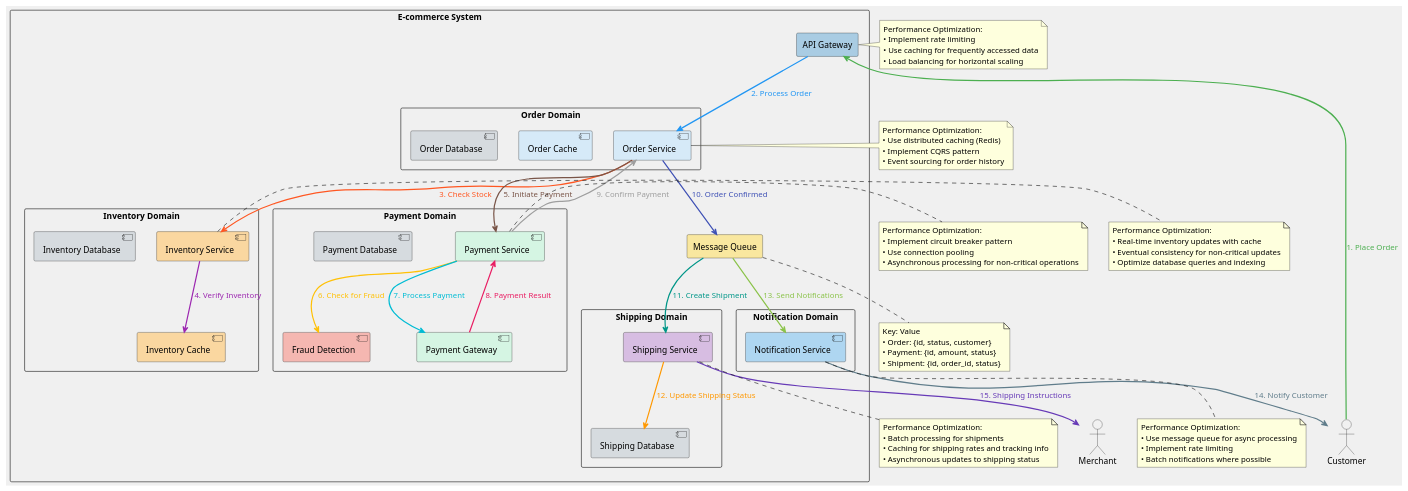
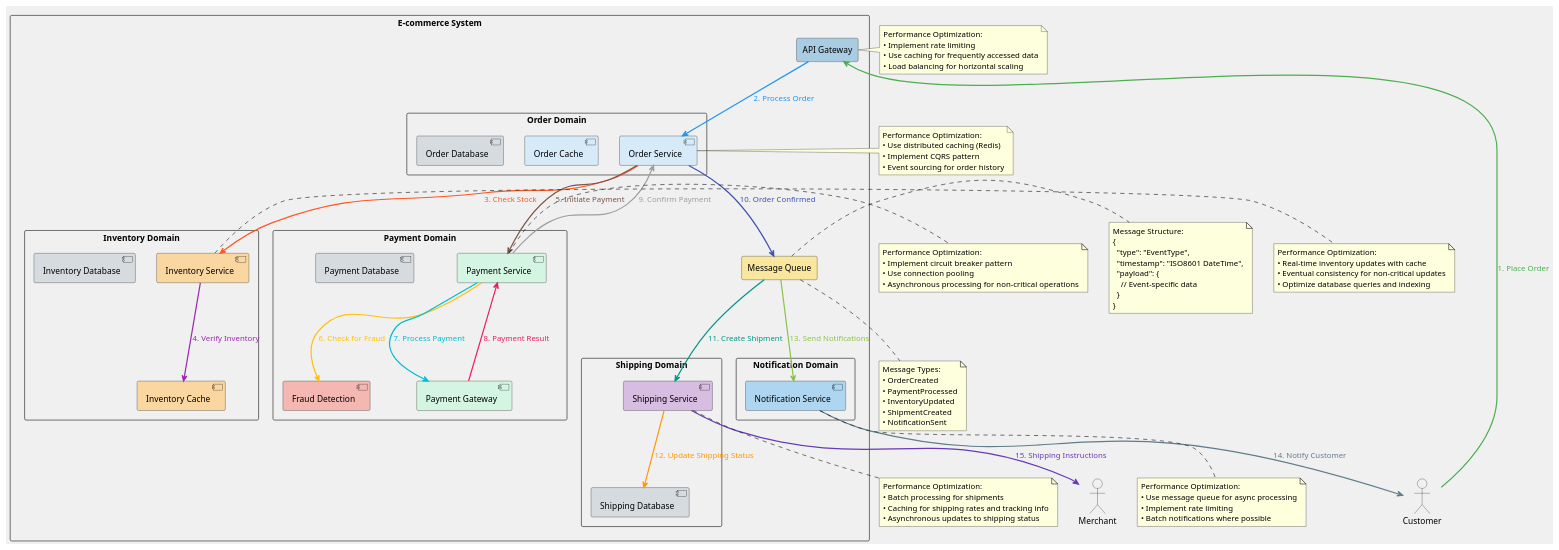
Before and after one commit to huangyingw/system_design: the diagram in order_payment_shipping_architecture.puml, drawn with PlantUML.

```diff
--- a/order_payment_shipping_architecture.puml
+++ b/order_payment_shipping_architecture.puml
@@ -1,109 +1,122 @@
 @startuml Order Payment and Shipping System Architecture
 
 skinparam backgroundColor #F0F0F0
 allowmixing
 !pragma layout dot
 
 rectangle "E-commerce System" {
     rectangle "API Gateway" as apiGateway #A9CCE3
     
     rectangle "Order Domain" {
         component "Order Service" as orderService #D6EAF8
         component "Order Cache" as orderCache #D6EAF8
         component "Order Database" as orderDB #D6DBDF
     }
     
     rectangle "Payment Domain" {
         component "Payment Service" as paymentService #D5F5E3
         component "Payment Gateway" as paymentGateway #D5F5E3
         component "Fraud Detection" as fraudDetection #F5B7B1
         component "Payment Database" as paymentDB #D6DBDF
     }
     
     rectangle "Inventory Domain" {
         component "Inventory Service" as inventoryService #FAD7A0
         component "Inventory Cache" as inventoryCache #FAD7A0
         component "Inventory Database" as inventoryDB #D6DBDF
     }
     
     rectangle "Shipping Domain" {
         component "Shipping Service" as shippingService #D7BDE2
         component "Shipping Database" as shippingDB #D6DBDF
     }
     
     rectangle "Notification Domain" {
         component "Notification Service" as notificationService #AED6F1
     }
     
     rectangle "Message Queue" as messageQueue #F9E79F
 }
 
 actor "Customer" as customer
 actor "Merchant" as merchant
 
 customer -[#4CAF50,thickness=2]-> apiGateway : <color:#4CAF50>1. Place Order</color>
 apiGateway -[#2196F3,thickness=2]-> orderService : <color:#2196F3>2. Process Order</color>
 orderService -[#FF5722,thickness=2]-> inventoryService : <color:#FF5722>3. Check Stock</color>
 inventoryService -[#9C27B0,thickness=2]-> inventoryCache : <color:#9C27B0>4. Verify Inventory</color>
 orderService -[#795548,thickness=2]-> paymentService : <color:#795548>5. Initiate Payment</color>
 paymentService -[#FFC107,thickness=2]-> fraudDetection : <color:#FFC107>6. Check for Fraud</color>
 paymentService -[#00BCD4,thickness=2]-> paymentGateway : <color:#00BCD4>7. Process Payment</color>
 paymentGateway -[#E91E63,thickness=2]-> paymentService : <color:#E91E63>8. Payment Result</color>
 paymentService -[#9E9E9E,thickness=2]-> orderService : <color:#9E9E9E>9. Confirm Payment</color>
 orderService -[#3F51B5,thickness=2]-> messageQueue : <color:#3F51B5>10. Order Confirmed</color>
 messageQueue -[#009688,thickness=2]-> shippingService : <color:#009688>11. Create Shipment</color>
 shippingService -[#FF9800,thickness=2]-> shippingDB : <color:#FF9800>12. Update Shipping Status</color>
 messageQueue -[#8BC34A,thickness=2]-> notificationService : <color:#8BC34A>13. Send Notifications</color>
 notificationService -[#607D8B,thickness=2]-> customer : <color:#607D8B>14. Notify Customer</color>
 shippingService -[#673AB7,thickness=2]-> merchant : <color:#673AB7>15. Shipping Instructions</color>
 
 note right of apiGateway
 Performance Optimization:
 • Implement rate limiting
 • Use caching for frequently accessed data
 • Load balancing for horizontal scaling
 end note
 
 note right of orderService
 Performance Optimization:
 • Use distributed caching (Redis)
 • Implement CQRS pattern
 • Event sourcing for order history
 end note
 
 note right of inventoryService
 Performance Optimization:
 • Real-time inventory updates with cache
 • Eventual consistency for non-critical updates
 • Optimize database queries and indexing
 end note
 
 note right of paymentService
 Performance Optimization:
 • Implement circuit breaker pattern
 • Use connection pooling
 • Asynchronous processing for non-critical operations
 end note
 
 note bottom of shippingService
 Performance Optimization:
 • Batch processing for shipments
 • Caching for shipping rates and tracking info
 • Asynchronous updates to shipping status
 end note
 
 note bottom of notificationService
 Performance Optimization:
 • Use message queue for async processing
 • Implement rate limiting
 • Batch notifications where possible
 end note
 
 note bottom of messageQueue
-Key: Value
-• Order: {id, status, customer}
-• Payment: {id, amount, status}
-• Shipment: {id, order_id, status}
+Message Types:
+• OrderCreated
+• PaymentProcessed
+• InventoryUpdated
+• ShipmentCreated
+• NotificationSent
+end note
+
+note right of messageQueue
+Message Structure:
+{
+  "type": "EventType",
+  "timestamp": "ISO8601 DateTime",
+  "payload": {
+    // Event-specific data
+  }
+}
 end note
 
 @enduml
```
